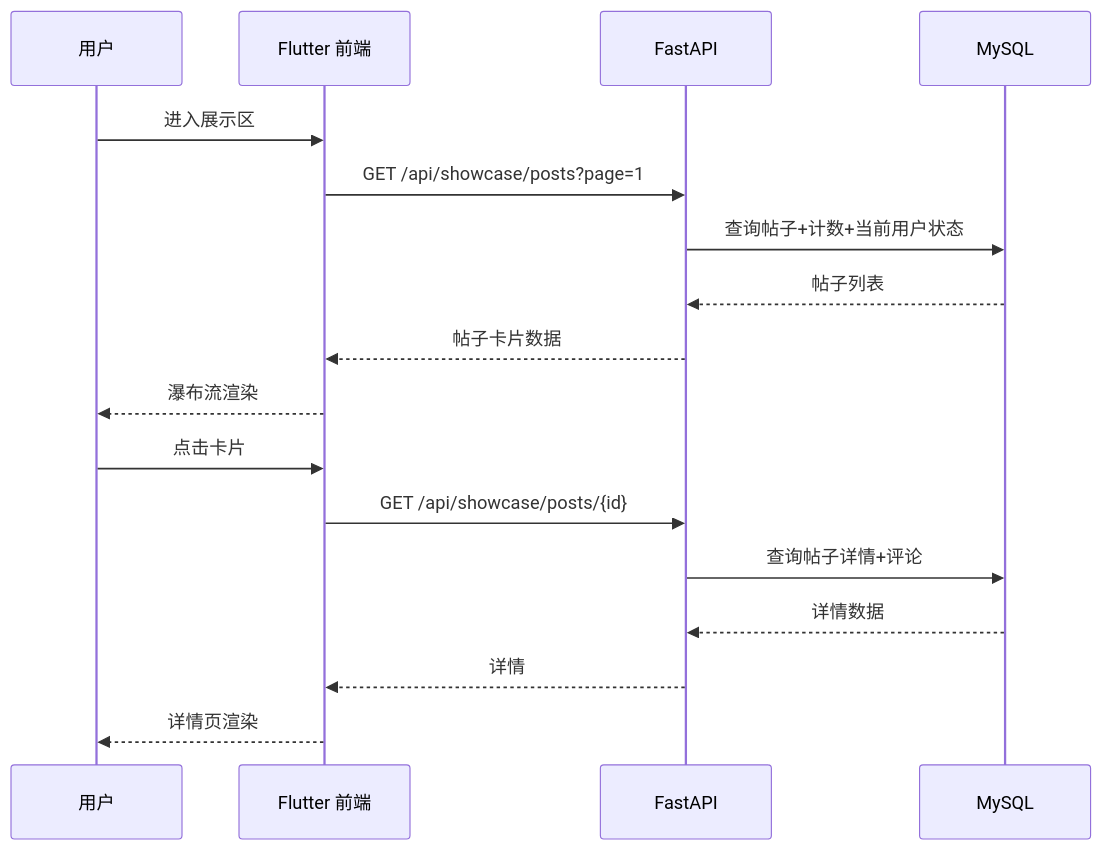
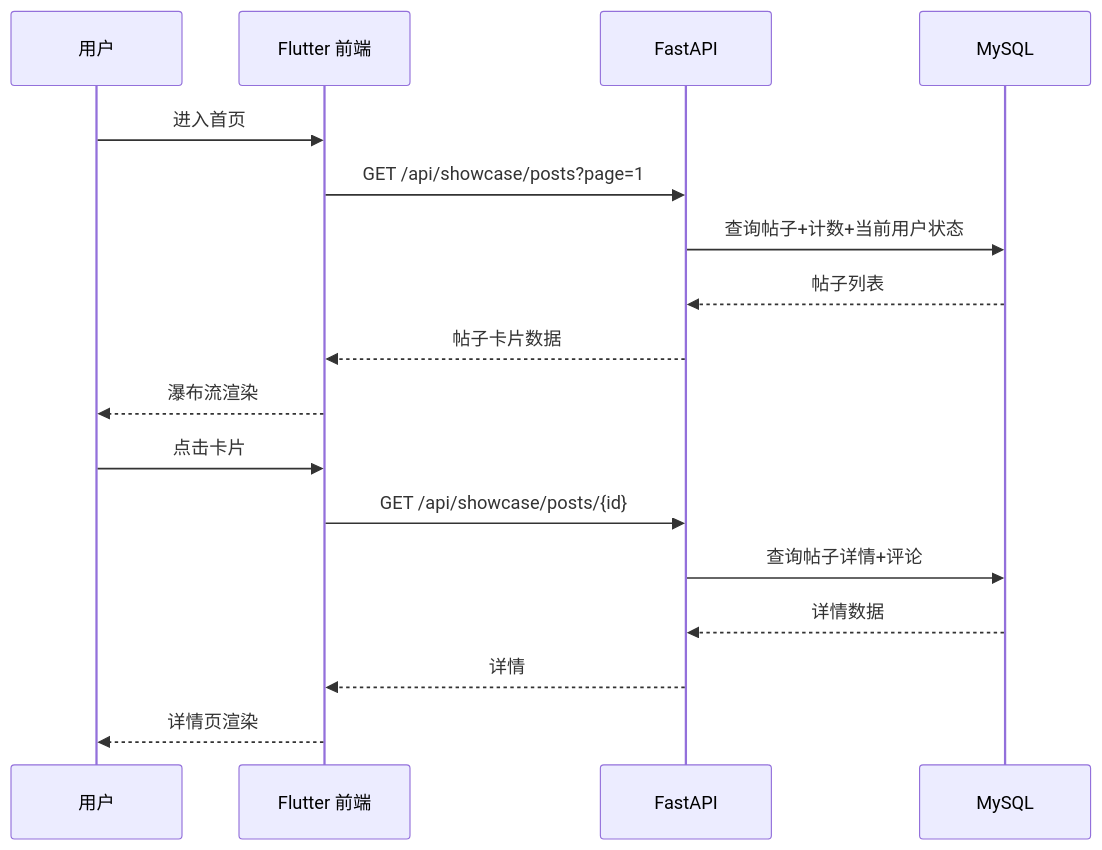
Before and after one commit to penglinghuo-alt/Bi_Sheng_Glimmer: the second of 3 diagrams in .monkeycode/specs/community-showcase/design.md, drawn with Mermaid. The commit also changed other lines of this file and 12 other files, not shown here.

````diff
--- a/.monkeycode/specs/community-showcase/design.md
+++ b/.monkeycode/specs/community-showcase/design.md
@@ -34,21 +34,21 @@
 ```mermaid
 sequenceDiagram
     participant U as 用户
     participant F as Flutter 前端
     participant B as FastAPI
     participant D as MySQL
 
-    U->>F: 进入展示区
+    U->>F: 进入首页
     F->>B: GET /api/showcase/posts?page=1
     B->>D: 查询帖子+计数+当前用户状态
     D-->>B: 帖子列表
     B-->>F: 帖子卡片数据
     F-->>U: 瀑布流渲染
 
     U->>F: 点击卡片
     F->>B: GET /api/showcase/posts/{id}
     B->>D: 查询帖子详情+评论
     D-->>B: 详情数据
     B-->>F: 详情
     F-->>U: 详情页渲染
 ```
````
